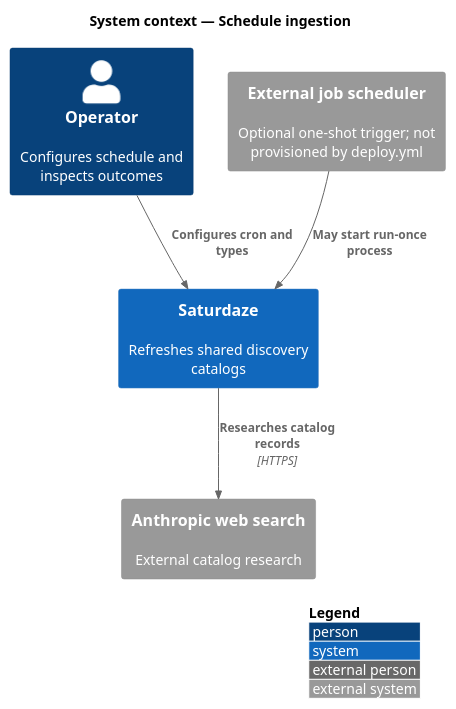
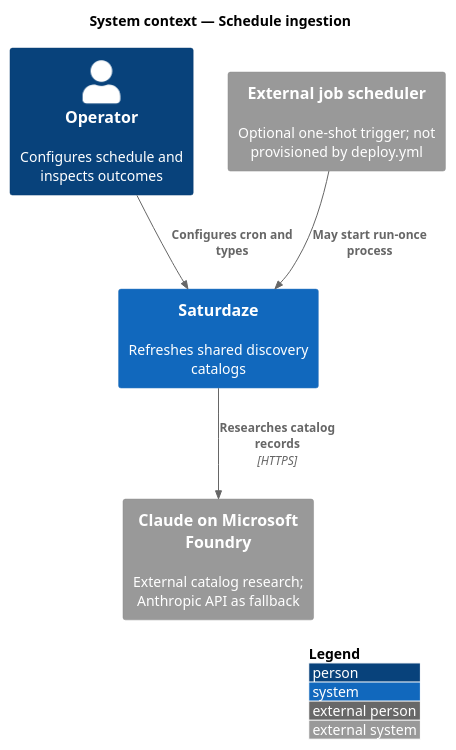
Before and after one commit to QuinntyneBrown/saturdaze: the diagram in docs/detailed-designs/operations/schedule-catalog-ingestion/diagrams/c4-context.puml, drawn with PlantUML. The commit also changed 32 other files, not shown here.

First line of the commit message:
Route catalog ingestion through Claude on Microsoft Foundry

```diff
--- a/docs/detailed-designs/operations/schedule-catalog-ingestion/diagrams/c4-context.puml
+++ b/docs/detailed-designs/operations/schedule-catalog-ingestion/diagrams/c4-context.puml
@@ -1,12 +1,12 @@
 @startuml
 !include <C4/C4_Context>
 LAYOUT_WITH_LEGEND()
 title System context — Schedule ingestion
 Person(operator, "Operator", "Configures schedule and inspects outcomes")
 System(saturdaze, "Saturdaze", "Refreshes shared discovery catalogs")
-System_Ext(provider, "Anthropic web search", "External catalog research")
+System_Ext(provider, "Claude on Microsoft Foundry", "External catalog research; Anthropic API as fallback")
 System_Ext(scheduler, "External job scheduler", "Optional one-shot trigger; not provisioned by deploy.yml")
 Rel(operator, saturdaze, "Configures cron and types")
 Rel(scheduler, saturdaze, "May start run-once process")
 Rel(saturdaze, provider, "Researches catalog records", "HTTPS")
 @enduml
```
